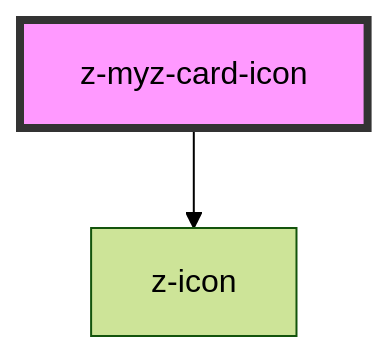
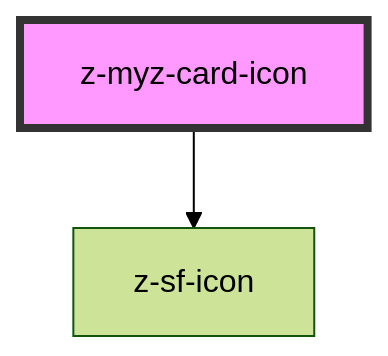
One commit to ZanichelliEditore/design-system changed the diagram in src/snowflakes/myz/card/z-myz-card-icon/readme.md. Above: the diagram before and after it, drawn with Mermaid (forest theme). The commit also changed other lines of this file and 25 other files, not shown here.

````diff
--- a/src/snowflakes/myz/card/z-myz-card-icon/readme.md
+++ b/src/snowflakes/myz/card/z-myz-card-icon/readme.md
@@ -36,5 +36,5 @@
 ```mermaid
 graph TD;
-  z-myz-card-icon --> z-icon
+  z-myz-card-icon --> z-sf-icon
   style z-myz-card-icon fill:#f9f,stroke:#333,stroke-width:4px
 ```
````
